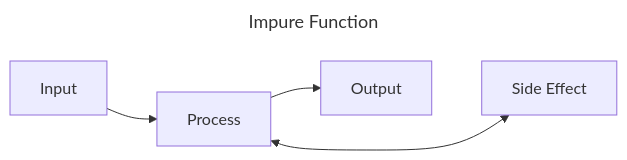
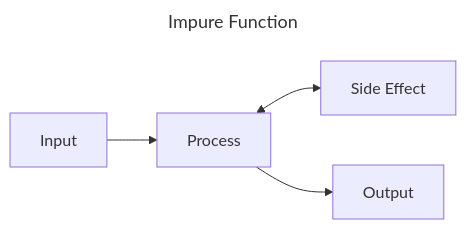
Before and after one commit to Rust-Simply/idiomatic-rust-in-simple-steps: the second of 2 diagrams in src/language-basics/functions.md, drawn with Mermaid. The commit also changed other lines of this file and 17 other files, not shown here.

````diff
--- a/src/language-basics/functions.md
+++ b/src/language-basics/functions.md
@@ -26,15 +26,14 @@
 ```mermaid
 ---
 title: Impure Function
 ---
 graph LR;
 %%    subgraph Function;
 %%        direction LR
 %%    end
-    Input & Output ~~~ SE
     
     Process <--> SE["Side Effect"]
         Input --> Process
         Process --> Output
     
 ```
````
